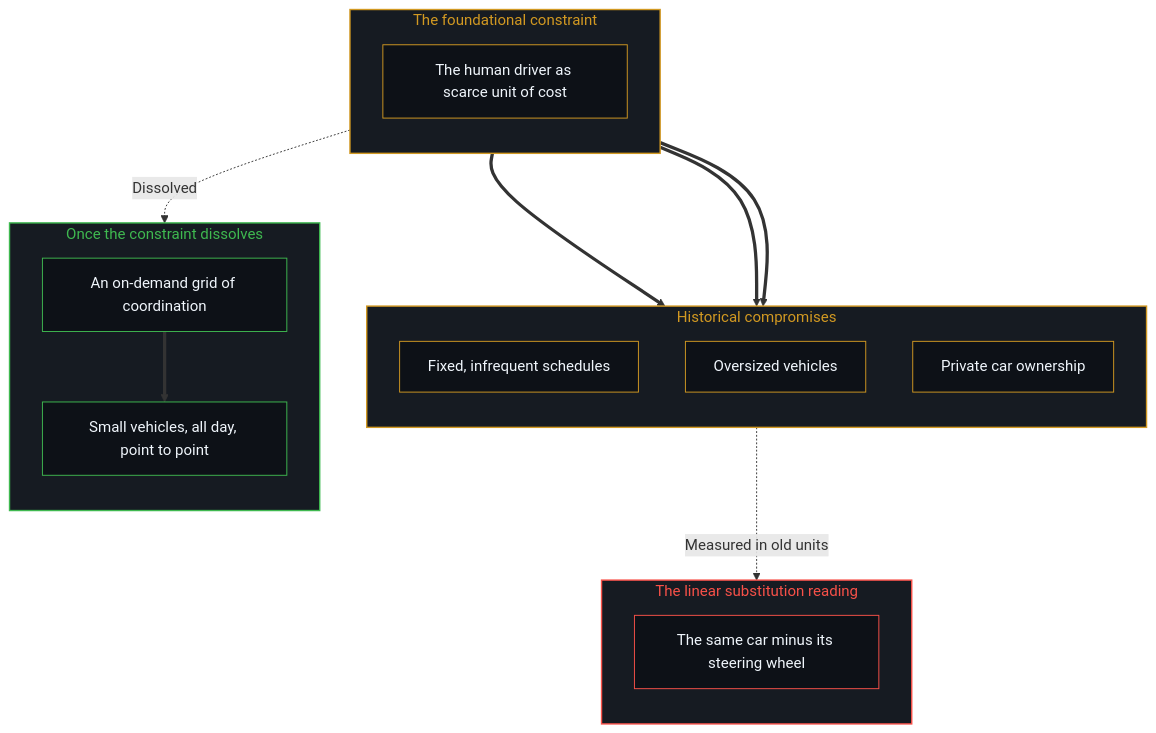
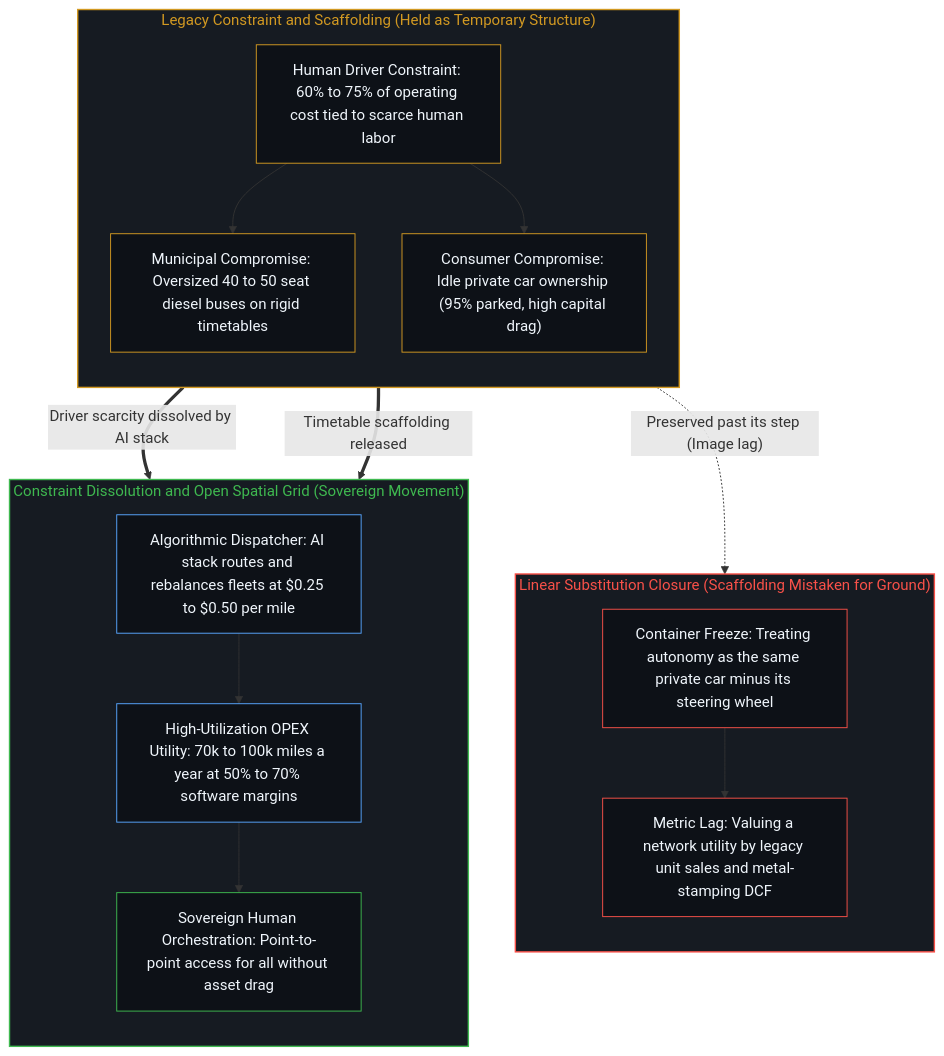
Before and after one commit to powerpig99/not-a-toe: the second of 2 diagrams in content/posts/non-definitive-forecast-of-a-possible-fully-autonomous-transportation-future.md, drawn with Mermaid. The commit also changed other lines of this file and 1 other file, not shown here.

````diff
--- a/content/posts/non-definitive-forecast-of-a-possible-fully-autonomous-transportation-future.md
+++ b/content/posts/non-definitive-forecast-of-a-possible-fully-autonomous-transportation-future.md
@@ -63,39 +66,42 @@
 ```mermaid
 flowchart TD
-    subgraph S_Con["The foundational constraint"]
+    subgraph S_Con["Legacy Constraint and Scaffolding (Held as Temporary Structure)"]
         direction TB
-        K1["The human driver as scarce unit of cost"]
+        K1["Human Driver Constraint: 60% to 75% of operating cost tied to scarce human labor"]
+        P1["Municipal Compromise: Oversized 40 to 50 seat diesel buses on rigid timetables"]
+        P2["Consumer Compromise: Idle private car ownership (95% parked, high capital drag)"]
+        K1 --> P1
+        K1 --> P2
     end
-    subgraph S_Comp["Historical compromises"]
+
+    subgraph S_Closed["Linear Substitution Closure (Scaffolding Mistaken for Ground)"]
         direction TB
-        P1["Fixed, infrequent schedules"]
-        P2["Oversized vehicles"]
-        P3["Private car ownership"]
+        L1["Container Freeze: Treating autonomy as the same private car minus its steering wheel"]
+        L2["Metric Lag: Valuing a network utility by legacy unit sales and metal-stamping DCF"]
+        L1 --> L2
     end
-    subgraph S_Grid["Once the constraint dissolves"]
+
+    subgraph S_Open["Constraint Dissolution and Open Spatial Grid (Sovereign Movement)"]
         direction TB
-        G1["An on-demand grid of coordination"]
-        G2["Small vehicles, all day, point to point"]
+        G1["Algorithmic Dispatcher: AI stack routes and rebalances fleets at $0.25 to $0.50 per mile"]
+        G2["High-Utilization OPEX Utility: 70k to 100k miles a year at 50% to 70% software margins"]
+        G3["Sovereign Human Orchestration: Point-to-point access for all without asset drag"]
+        G1 --> G2 --> G3
     end
-    subgraph S_Lin["The linear substitution reading"]
-        direction TB
-        L1["The same car minus its steering wheel"]
-    end
-    K1 ==> P1
-    K1 ==> P2
-    K1 ==> P3
-    K1 -.->|"Dissolved"| G1
-    G1 ==> G2
-    P3 -.->|"Measured in old units"| L1
+
+    P2 -.->|"Preserved past its step (Image lag)"| L1
+    K1 ==>|"Driver scarcity dissolved by AI stack"| G1
+    P1 ==>|"Timetable scaffolding released"| G1
+
     style S_Con fill:#161b22,stroke:#d29922,stroke-width:1.5px,color:#d29922
-    style S_Comp fill:#161b22,stroke:#d29922,stroke-width:1.5px,color:#d29922
-    style S_Grid fill:#161b22,stroke:#3fb950,stroke-width:1.5px,color:#3fb950
-    style S_Lin fill:#161b22,stroke:#f85149,stroke-width:1.5px,color:#f85149
+    style S_Closed fill:#161b22,stroke:#f85149,stroke-width:1.5px,color:#f85149
+    style S_Open fill:#161b22,stroke:#3fb950,stroke-width:1.5px,color:#3fb950
     style K1 fill:#0d1117,stroke:#d29922,stroke-width:1px,color:#f0f6fc
     style P1 fill:#0d1117,stroke:#d29922,stroke-width:1px,color:#f0f6fc
     style P2 fill:#0d1117,stroke:#d29922,stroke-width:1px,color:#f0f6fc
-    style P3 fill:#0d1117,stroke:#d29922,stroke-width:1px,color:#f0f6fc
-    style G1 fill:#0d1117,stroke:#3fb950,stroke-width:1px,color:#f0f6fc
-    style G2 fill:#0d1117,stroke:#3fb950,stroke-width:1px,color:#f0f6fc
     style L1 fill:#0d1117,stroke:#f85149,stroke-width:1px,color:#f0f6fc
+    style L2 fill:#0d1117,stroke:#f85149,stroke-width:1px,color:#f0f6fc
+    style G1 fill:#0d1117,stroke:#58a6ff,stroke-width:1px,color:#f0f6fc
+    style G2 fill:#0d1117,stroke:#58a6ff,stroke-width:1px,color:#f0f6fc
+    style G3 fill:#0d1117,stroke:#3fb950,stroke-width:1px,color:#f0f6fc
 ```
````
